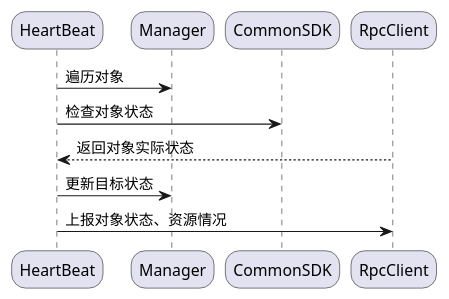
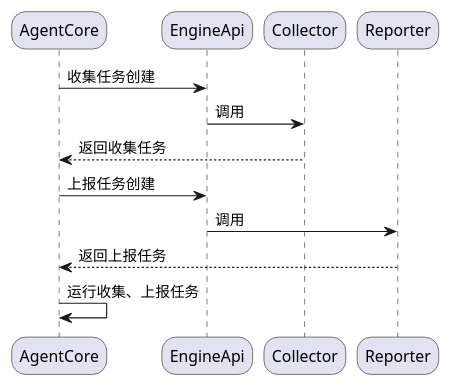
Before and after one commit to Faione/note: the sixth of 7 diagrams in WorkNote/Agent设计v2/执行代理V0.2-重构-草稿-2.md, drawn with PlantUML. The commit also changed other lines of this file and 2 other files, not shown here.

Commit message:
update agent v0.2

````diff
--- a/WorkNote/Agent设计v2/执行代理V0.2-重构-草稿-2.md
+++ b/WorkNote/Agent设计v2/执行代理V0.2-重构-草稿-2.md
@@ -252,20 +243,20 @@
 ```plantuml
 @startuml
 skinparam roundCorner 25
 skinparam responseMessageBelowArrow true
 
-
-participant HeartBeat as f1
-participant Manager as f2
-participant CommonSDK as f3
-participant RpcClient as f4
+participant AgentCore as f1
+participant EngineApi as f2
+participant Collector as f3
+participant Reporter as f4
 
 
-f1    ->     f2  :遍历对象
-f1    ->     f3  :检查对象状态
-f4    -->    f1  :返回对象实际状态
-f1    ->     f2  :更新目标状态
-f1    ->     f4  :上报对象状态、资源情况
-
+f1    ->     f2  :收集任务创建
+f2    ->     f3  :调用
+f3   -->     f1  :返回收集任务
+f1    ->     f2  :上报任务创建
+f2    ->     f4  :调用
+f4   -->     f1  :返回上报任务
+f1    ->     f1  :运行收集、上报任务
 @enduml
 ```
````
